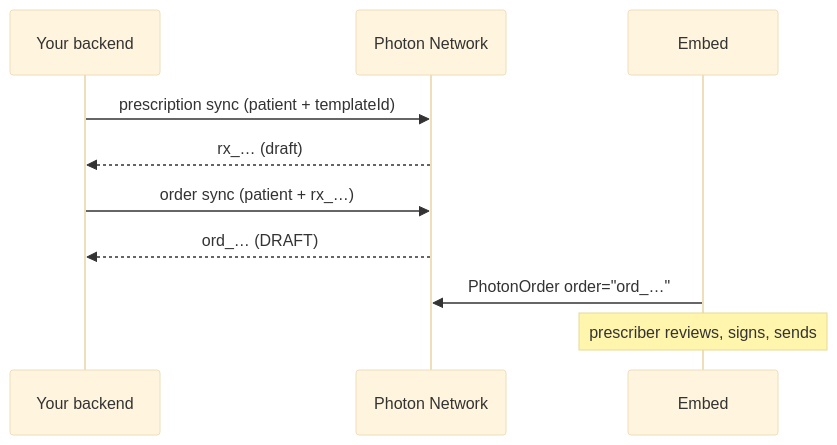
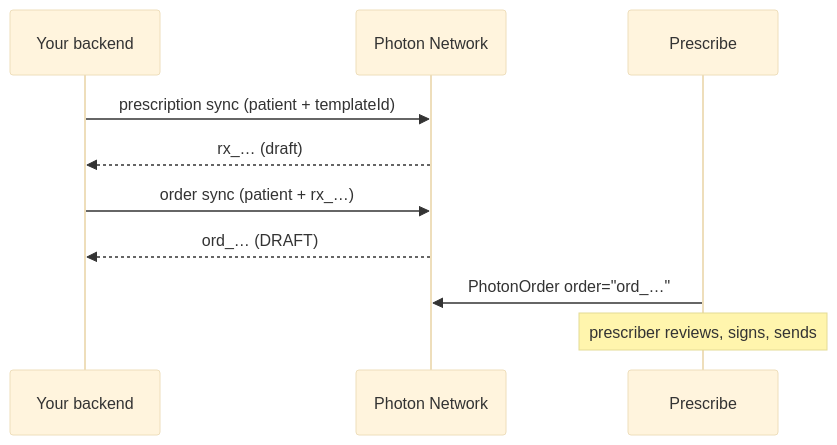
The diagram in integrations/one-click-orders.mdx (Photon-Health/docs), drawn with Mermaid (base theme) before and after one commit. The commit also changed other lines of this file and 26 other files, not shown here.

First line of the commit message:
Rename Embed to Prescribe and switch navigation to products (#7)

````diff
--- a/integrations/one-click-orders.mdx
+++ b/integrations/one-click-orders.mdx
@@ -10,12 +10,12 @@
 ```mermaid
 sequenceDiagram
   participant B as Your backend
   participant N as Photon Network
-  participant F as Embed
+  participant F as Prescribe
   B->>N: prescription sync (patient + templateId)
   N-->>B: rx_… (draft)
   B->>N: order sync (patient + rx_…)
   N-->>B: ord_… (DRAFT)
   F->>N: PhotonOrder order="ord_…"
   Note over F: prescriber reviews, signs, sends
 ```
````
